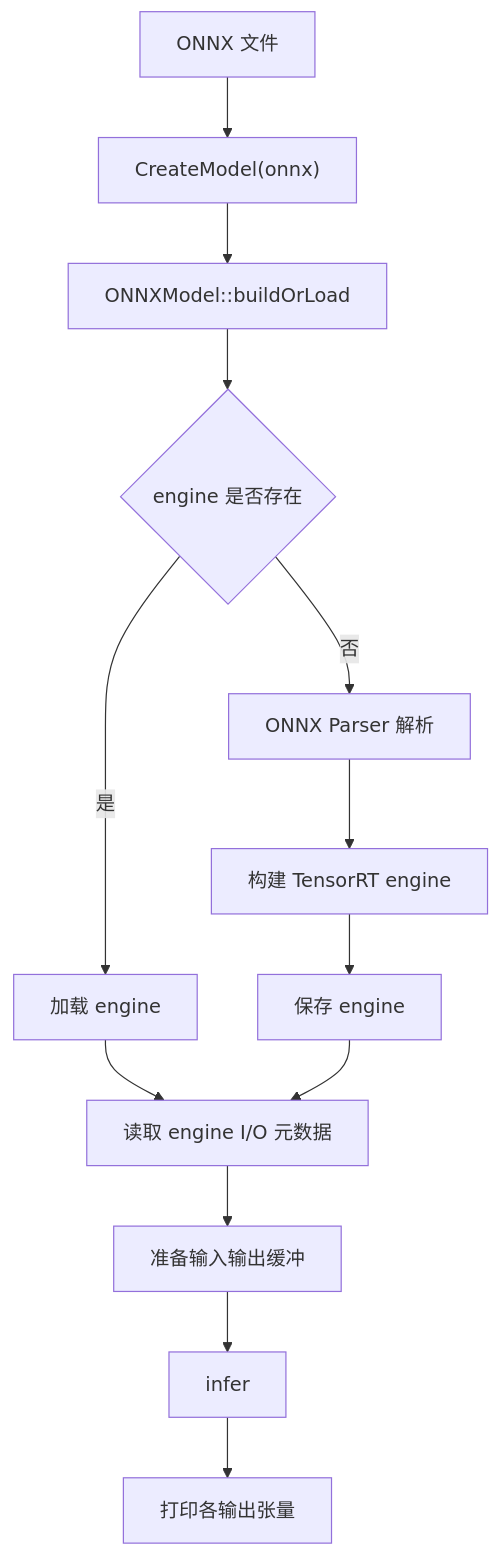
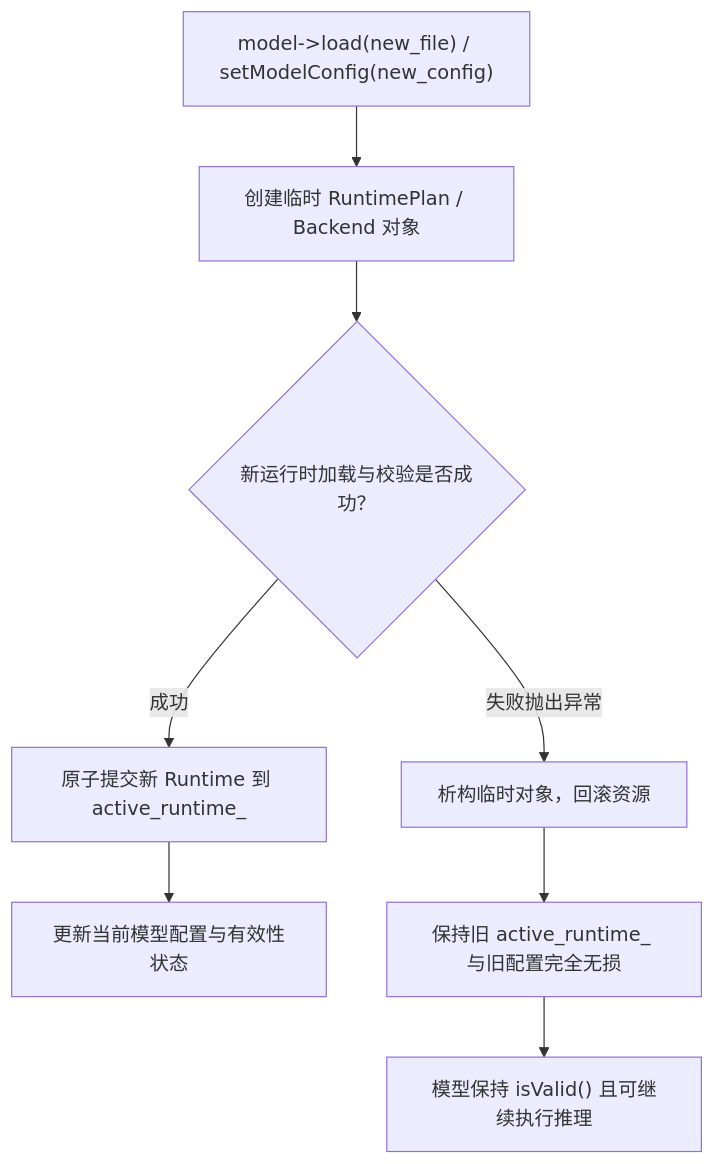
The third of 4 diagrams in docs/项目架构图谱.md (QWERDF007/InferRT), drawn with Mermaid before and after one commit. The commit also changed other lines of this file and 270 other files, not shown here.

````diff
--- a/docs/项目架构图谱.md
+++ b/docs/项目架构图谱.md
@@ -247,15 +108,10 @@
 ```mermaid
 flowchart TD
-    A["ONNX 文件"] --> B["CreateModel(onnx)"]
-    B --> C["ONNXModel::buildOrLoad"]
-    C --> D{"engine 是否存在"}
-    D -- 是 --> E["加载 engine"]
-    D -- 否 --> F["ONNX Parser 解析"]
-    F --> G["构建 TensorRT engine"]
-    G --> H["保存 engine"]
-    E --> I["读取 engine I/O 元数据"]
-    H --> I
-    I --> J["准备输入输出缓冲"]
-    J --> K[infer]
-    K --> L["打印各输出张量"]
+    A["model->load(new_file) / setModelConfig(new_config)"] --> B["创建临时 RuntimePlan / Backend 对象"]
+    B --> C{"新运行时加载与校验是否成功？"}
+    C -- 成功 --> D["原子提交新 Runtime 到 active_runtime_"]
+    D --> E["更新当前模型配置与有效性状态"]
+    C -- 失败抛出异常 --> F["析构临时对象，回滚资源"]
+    F --> G["保持旧 active_runtime_ 与旧配置完全无损"]
+    G --> H["模型保持 isValid() 且可继续执行推理"]
 ```
````
